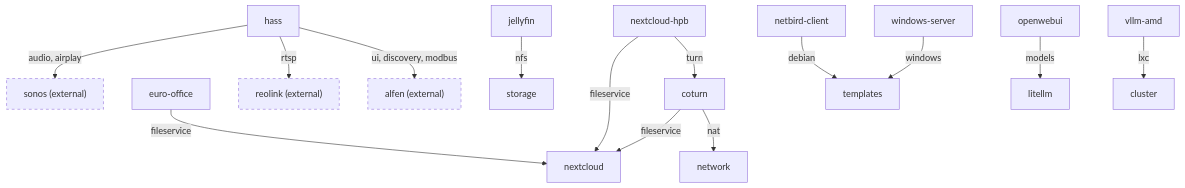
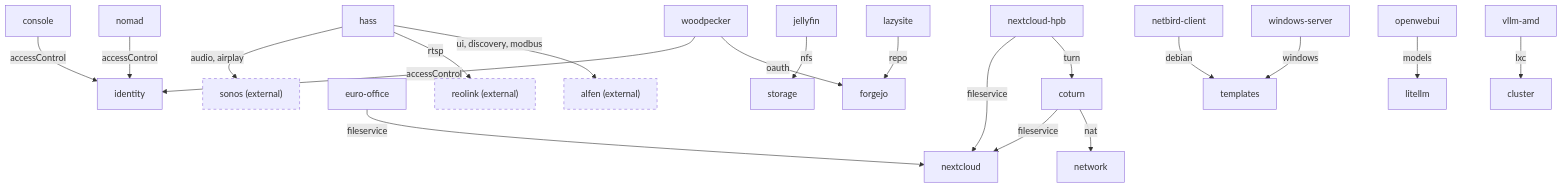
One commit to TAPPaaS/TAPPaaS changed the diagram in src/module-dependencies.md. Above: the diagram before and after it, drawn with Mermaid. The commit also changed other lines of this file, not shown here.

````diff
--- a/src/module-dependencies.md
+++ b/src/module-dependencies.md
@@ -31,20 +31,25 @@
 ```mermaid
 graph TD
+    console -->|"accessControl"| identity
     coturn -->|"fileservice"| nextcloud
     coturn -->|"nat"| network
     euro-office -->|"fileservice"| nextcloud
     hass -->|"audio, airplay"| sonos
     hass -->|"rtsp"| reolink
     hass -->|"ui, discovery, modbus"| alfen
     jellyfin -->|"nfs"| storage
+    lazysite -->|"repo"| forgejo
     netbird-client -->|"debian"| templates
     nextcloud-hpb -->|"fileservice"| nextcloud
     nextcloud-hpb -->|"turn"| coturn
+    nomad -->|"accessControl"| identity
     openwebui -->|"models"| litellm
     vllm-amd -->|"lxc"| cluster
     windows-server -->|"windows"| templates
+    woodpecker -->|"accessControl"| identity
+    woodpecker -->|"oauth"| forgejo
     alfen["alfen (external)"]:::ext
     classDef ext stroke-dasharray: 5 5
     reolink["reolink (external)"]:::ext
     sonos["sonos (external)"]:::ext
 ```
````
